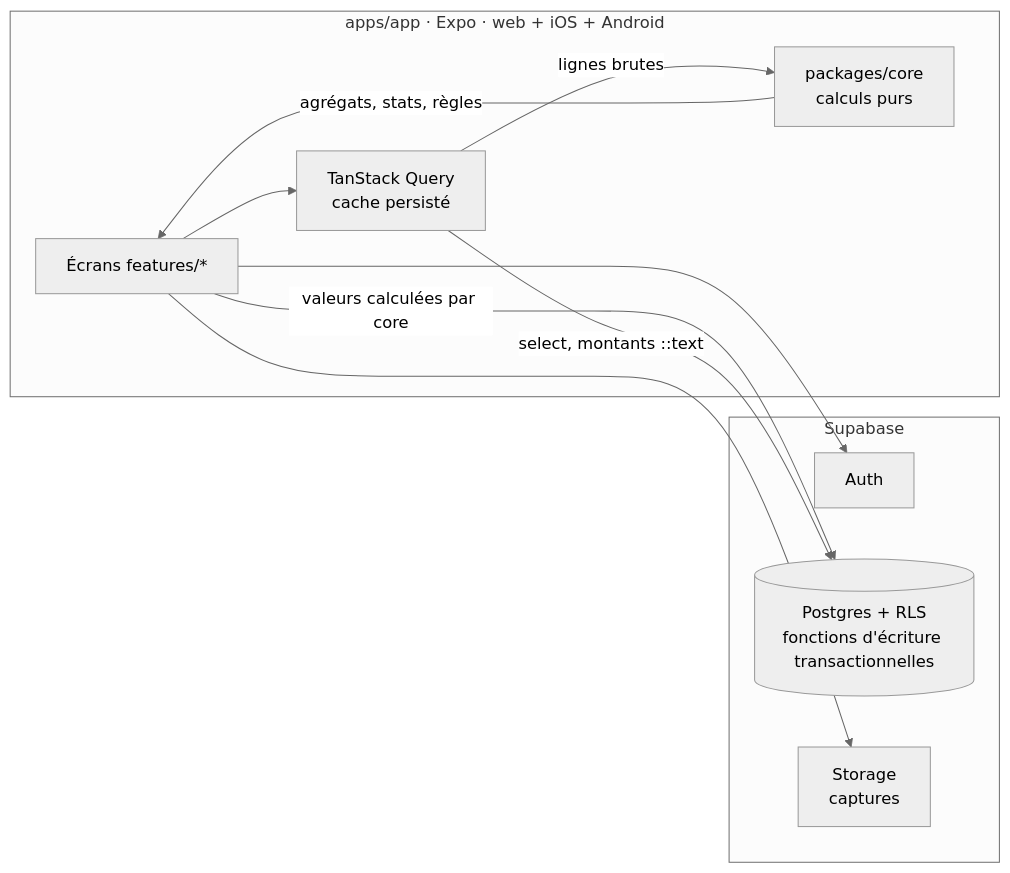
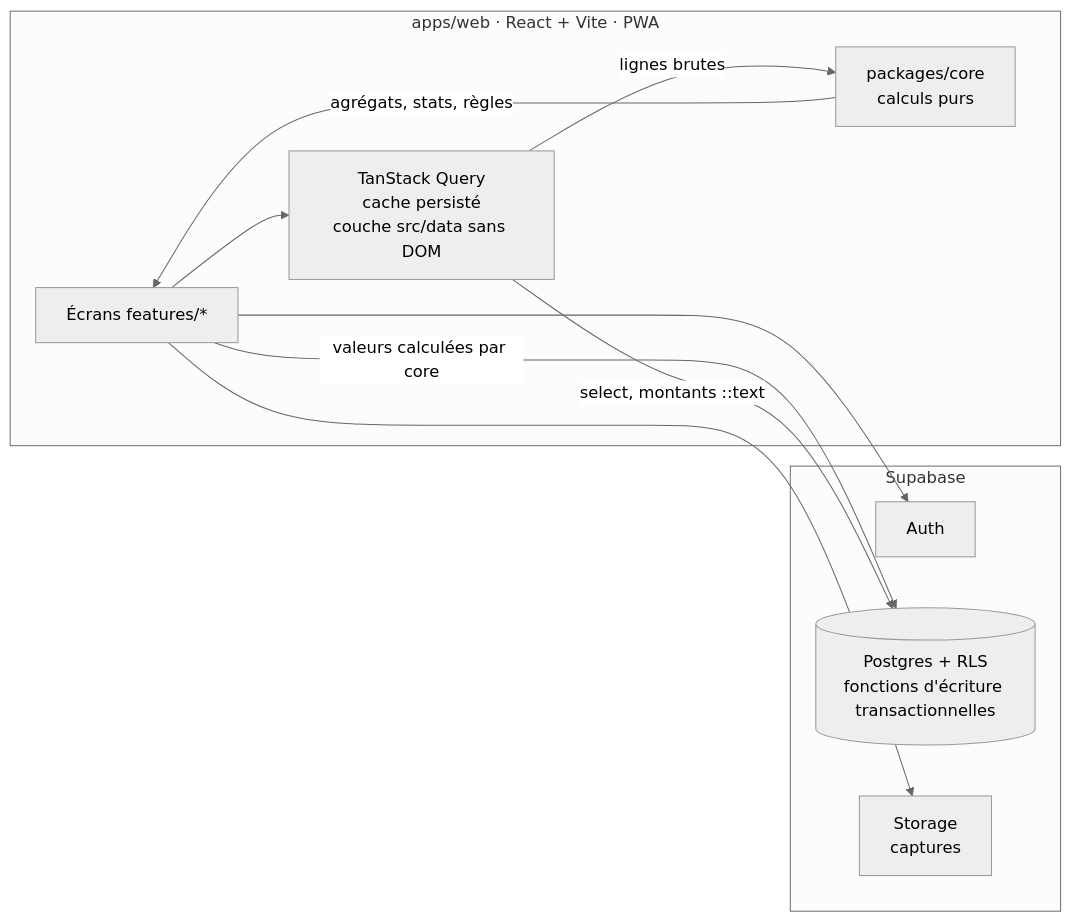
The first of 2 diagrams in docs/ARCHITECTURE.md (wasslasGOAT/tradingjournal), drawn with Mermaid (neutral theme) before and after one commit. The commit also changed other lines of this file and 11 other files, not shown here.

First line of the commit message:
docs: pivot MVP to web-first app (ADR-023/024/025)

````diff
--- a/docs/ARCHITECTURE.md
+++ b/docs/ARCHITECTURE.md
@@ -26,19 +27,19 @@
 ```mermaid
 flowchart LR
-  subgraph App[apps/app · Expo · web + iOS + Android]
+  subgraph App[apps/web · React + Vite · PWA]
     UI[Écrans features/*]
-    TQ[TanStack Query<br/>cache persisté]
+    TQ[TanStack Query<br/>cache persisté<br/>couche src/data sans DOM]
     CORE[packages/core<br/>calculs purs]
   end
   subgraph Supabase
     AUTH[Auth]
     DB[(Postgres + RLS<br/>fonctions d'écriture transactionnelles)]
     STO[Storage<br/>captures]
   end
   UI --> TQ
   TQ -->|lignes brutes| CORE -->|agrégats, stats, règles| UI
   UI -->|valeurs calculées par core| DB
   TQ -->|select, montants ::text| DB
   UI --> AUTH
   UI --> STO
 ```
````
